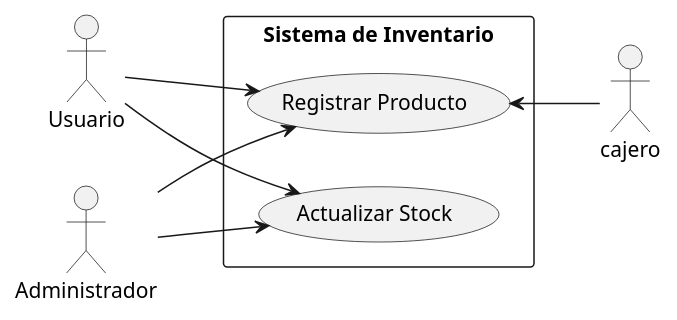
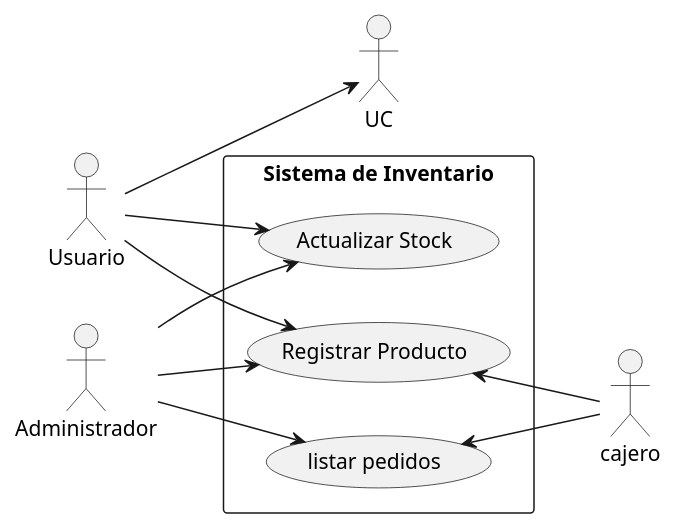
Before and after one commit to karen0720/susuerte-inventario: the diagram in casosuso.plantuml, drawn with PlantUML. The commit also changed 1 other file, not shown here.

Commit message:
se actualizo diagramas de casos de uso y se culmino el diagrama de clases

```diff
--- a/casosuso.plantuml
+++ b/casosuso.plantuml
@@ -1,18 +1,22 @@
 @startuml casossusuerteinventario
 left to right direction
 
 actor "Usuario" as est
 actor "Administrador" as admin
 actor "cajero" as cajero
 
 rectangle "Sistema de Inventario" {
   usecase "Registrar Producto" as UC1
   usecase "Actualizar Stock" as UC2
+  usecase "listar pedidos" as UC3
 
 }
 est --> UC1
-est --> UC2    
+est --> UC2
+est --> UC    
 admin --> UC1
 admin --> UC2
-UC1 <-- cajero
+admin --> UC3
+UC1 <-- cajero 
+UC3 <-- cajero
 @enduml
```
